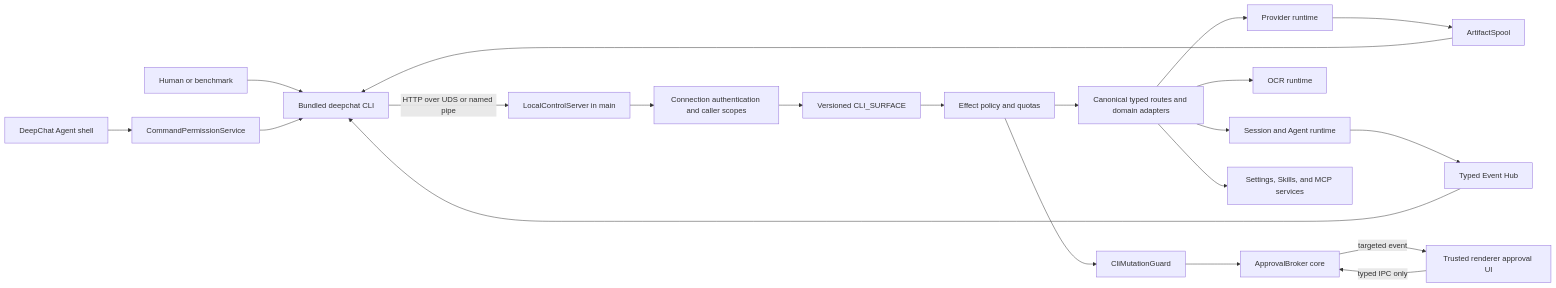
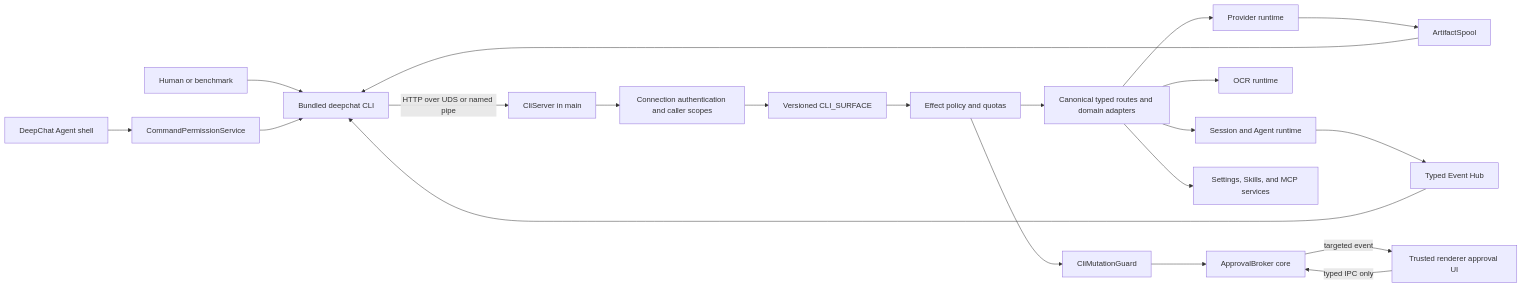
One commit to zerob13/deepchat changed the diagram in docs/architecture/local-control-plane/spec.md. Above: the diagram before and after it, drawn with Mermaid. The commit also changed other lines of this file and 15 other files, not shown here.

Commit message:
feat(cli): add local transport foundation

````diff
--- a/docs/architecture/local-control-plane/spec.md
+++ b/docs/architecture/local-control-plane/spec.md
@@ -98,23 +98,23 @@
 ```mermaid
 flowchart LR
   Human["Human or benchmark"] --> CLI["Bundled deepchat CLI"]
   Agent["DeepChat Agent shell"] --> Gate["CommandPermissionService"]
   Gate --> CLI
-  CLI -->|"HTTP over UDS or named pipe"| Server["LocalControlServer in main"]
+  CLI -->|"HTTP over UDS or named pipe"| Server["CliServer in main"]
   Server --> Auth["Connection authentication and caller scopes"]
   Auth --> Surface["Versioned CLI_SURFACE"]
   Surface --> Policy["Effect policy and quotas"]
   Policy --> Routes["Canonical typed routes and domain adapters"]
   Policy --> Guard["CliMutationGuard"]
   Guard --> Broker["ApprovalBroker core"]
   Broker -->|"targeted event"| Renderer["Trusted renderer approval UI"]
   Renderer -->|"typed IPC only"| Broker
   Routes --> Providers["Provider runtime"]
   Routes --> OCR["OCR runtime"]
   Routes --> Sessions["Session and Agent runtime"]
   Routes --> Admin["Settings, Skills, and MCP services"]
   Providers --> Spool["ArtifactSpool"]
   Sessions --> Events["Typed Event Hub"]
   Spool --> CLI
   Events --> CLI
 ```
````
